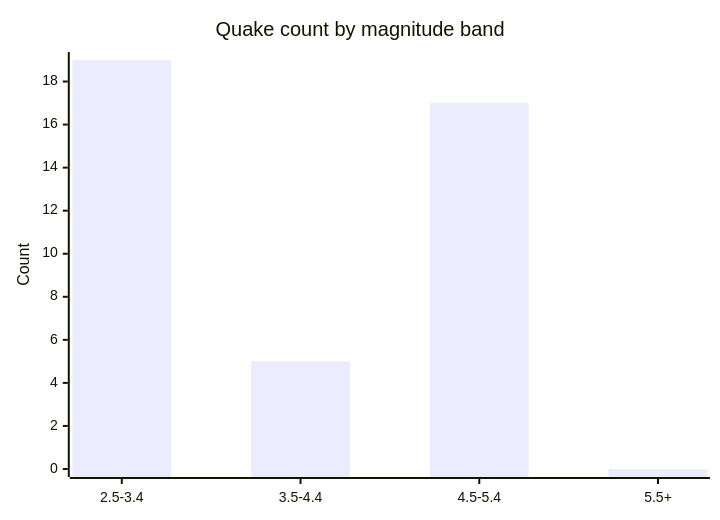
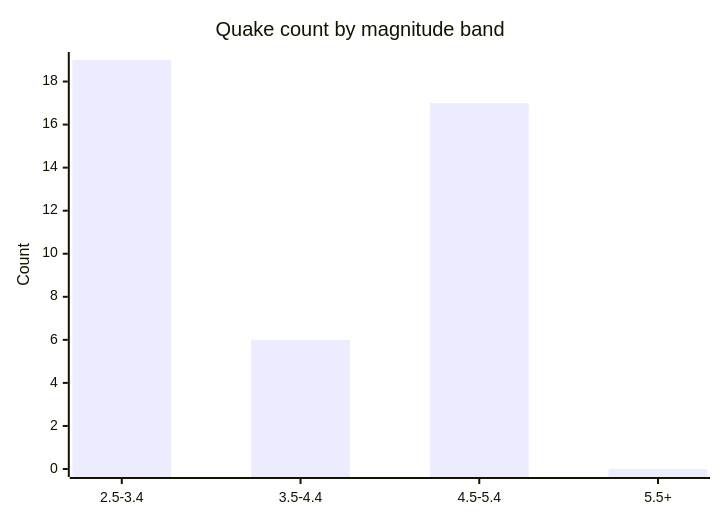
Before and after one commit to Midwest-Stratospheric/aerostratospheric-defense-gir: the fifth of 6 diagrams in docs/GRAPHS.md, drawn with Mermaid. The commit also changed other lines of this file and 26 other files, not shown here.

````diff
--- a/docs/GRAPHS.md
+++ b/docs/GRAPHS.md
@@ -82,7 +82,7 @@
 ```mermaid
 xychart-beta
   title "Quake count by magnitude band"
   x-axis ["2.5-3.4", "3.5-4.4", "4.5-5.4", "5.5+"]
   y-axis "Count" 0 --> 19
-  bar [19, 5, 17, 0]
+  bar [19, 6, 17, 0]
 ```
````
